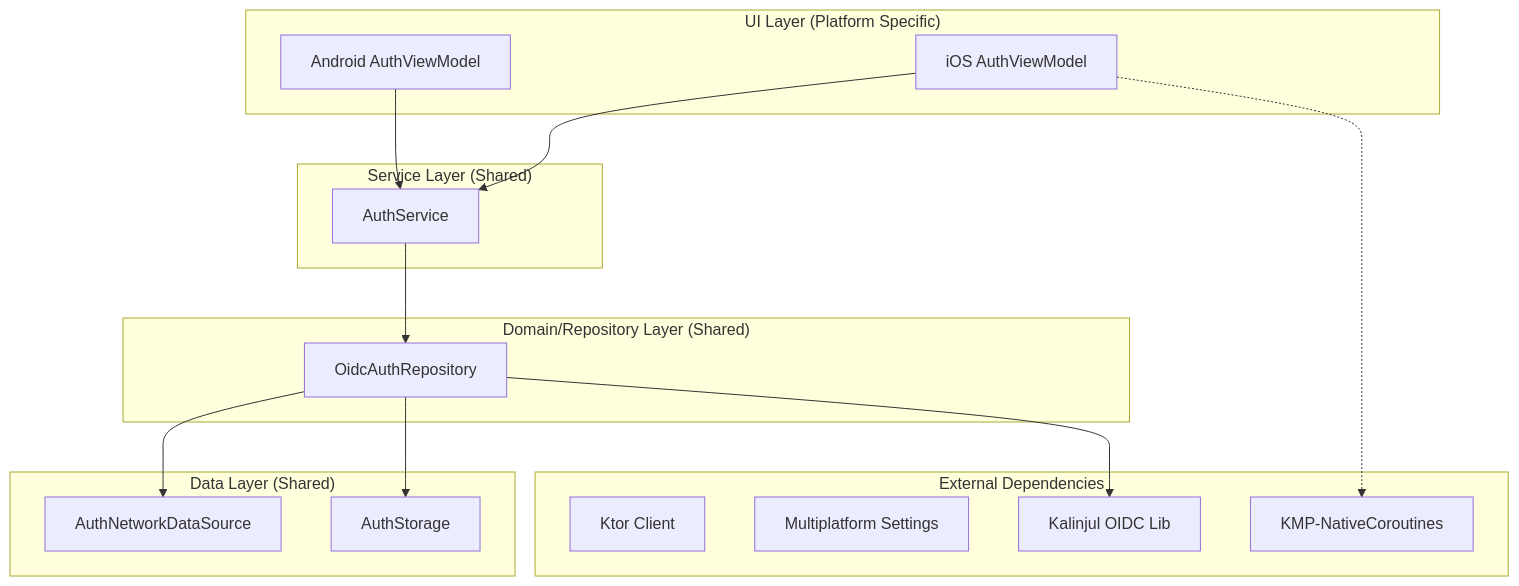
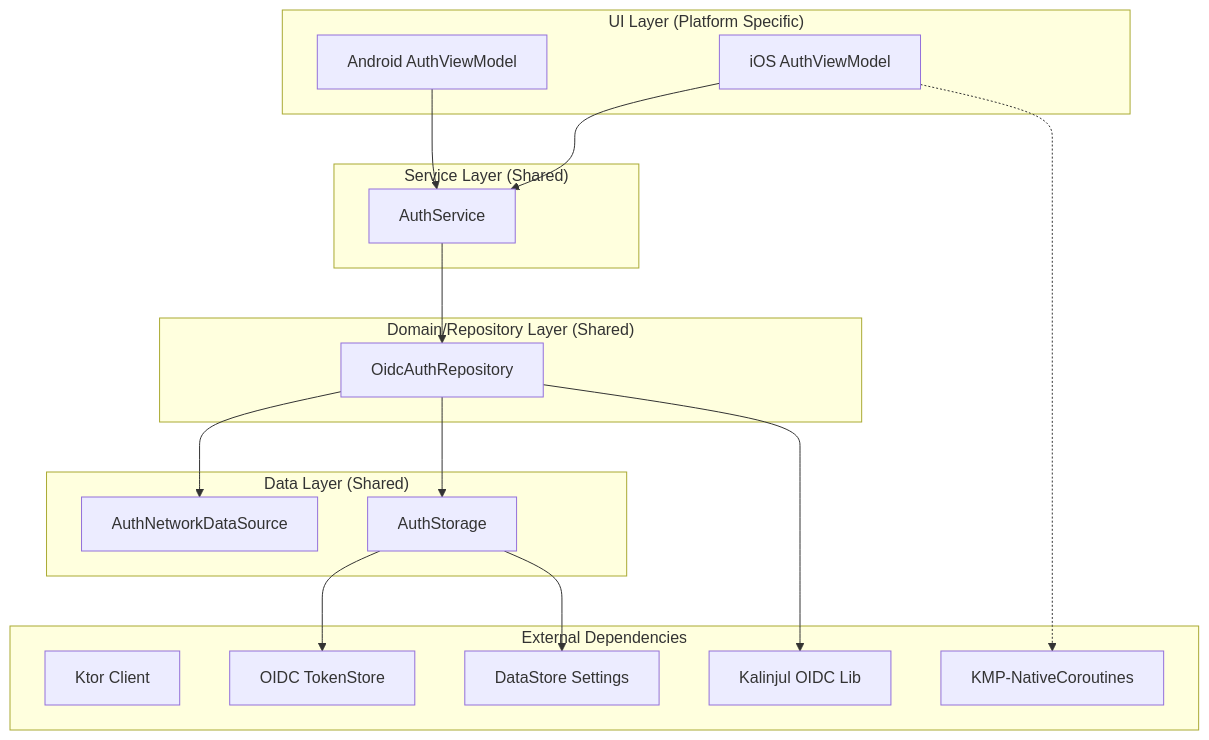
The diagram in auth/README.md (quran/mobile-sync), drawn with Mermaid before and after one commit. The commit also changed other lines of this file and 31 other files, not shown here.

First line of the commit message:
Use token storage for tokens

````diff
--- a/auth/README.md
+++ b/auth/README.md
@@ -12,35 +12,38 @@
 ```mermaid
 graph TD
     subgraph "UI Layer (Platform Specific)"
         AVM[Android AuthViewModel]
         IVM[iOS AuthViewModel]
     end
 
     subgraph "Service Layer (Shared)"
         Service[AuthService]
     end
 
     subgraph "Domain/Repository Layer (Shared)"
         Repo[OidcAuthRepository]
     end
 
     subgraph "Data Layer (Shared)"
         NDS[AuthNetworkDataSource]
         Storage[AuthStorage]
     end
 
     subgraph "External Dependencies"
         Ktor[Ktor Client]
-        Settings[Multiplatform Settings]
+        TokenStore[OIDC TokenStore]
+        DataStore[DataStore Settings]
         OIDC[Kalinjul OIDC Lib]
         NC[KMP-NativeCoroutines]
     end
 
     AVM --> Service
     IVM --> Service
     Service --> Repo
     Repo --> NDS
     Repo --> Storage
+    Storage --> TokenStore
+    Storage --> DataStore
     Repo --> OIDC
     IVM -.-> NC
 ```
````
